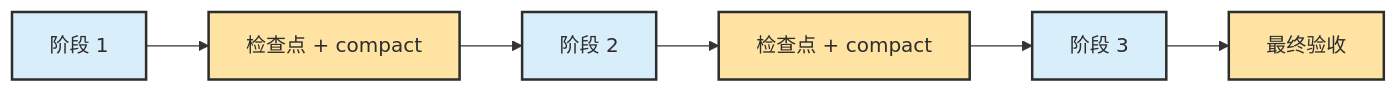
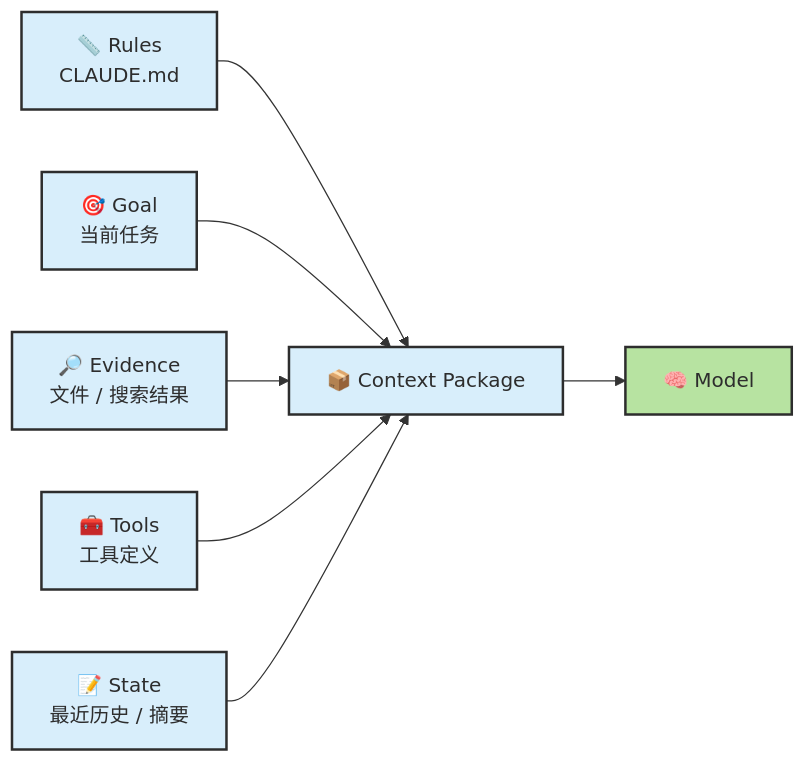
Before and after one commit to zht043/AgenticCodingTutorial: the third of 10 diagrams in docs/chapters/ch11-memory-context-harness.md, drawn with Mermaid. The commit also changed other lines of this file and 23 other files, not shown here.

````diff
--- a/docs/chapters/ch11-memory-context-harness.md
+++ b/docs/chapters/ch11-memory-context-harness.md
@@ -408,9 +124,12 @@
 ```mermaid
 flowchart LR
-    classDef phase fill:#d8eefb,stroke:#2d2d2d,stroke-width:2px,color:#2d2d2d
-    classDef check fill:#ffe3a3,stroke:#2d2d2d,stroke-width:2px,color:#2d2d2d
+    classDef ctx fill:#d8eefb,stroke:#2d2d2d,stroke-width:2px,color:#2d2d2d
+    classDef llm fill:#b7e3a1,stroke:#2d2d2d,stroke-width:2px,color:#2d2d2d
 
-    P1["阶段 1"]:::phase --> C1["检查点 + compact"]:::check
-    C1 --> P2["阶段 2"]:::phase --> C2["检查点 + compact"]:::check
-    C2 --> P3["阶段 3"]:::phase --> C3["最终验收"]:::check
+    R["📏 Rules<br/>CLAUDE.md"]:::ctx --> C["📦 Context Package"]:::ctx
+    G["🎯 Goal<br/>当前任务"]:::ctx --> C
+    E["🔎 Evidence<br/>文件 / 搜索结果"]:::ctx --> C
+    T["🧰 Tools<br/>工具定义"]:::ctx --> C
+    H["📝 State<br/>最近历史 / 摘要"]:::ctx --> C
+    C --> M["🧠 Model"]:::llm
 ```
````
